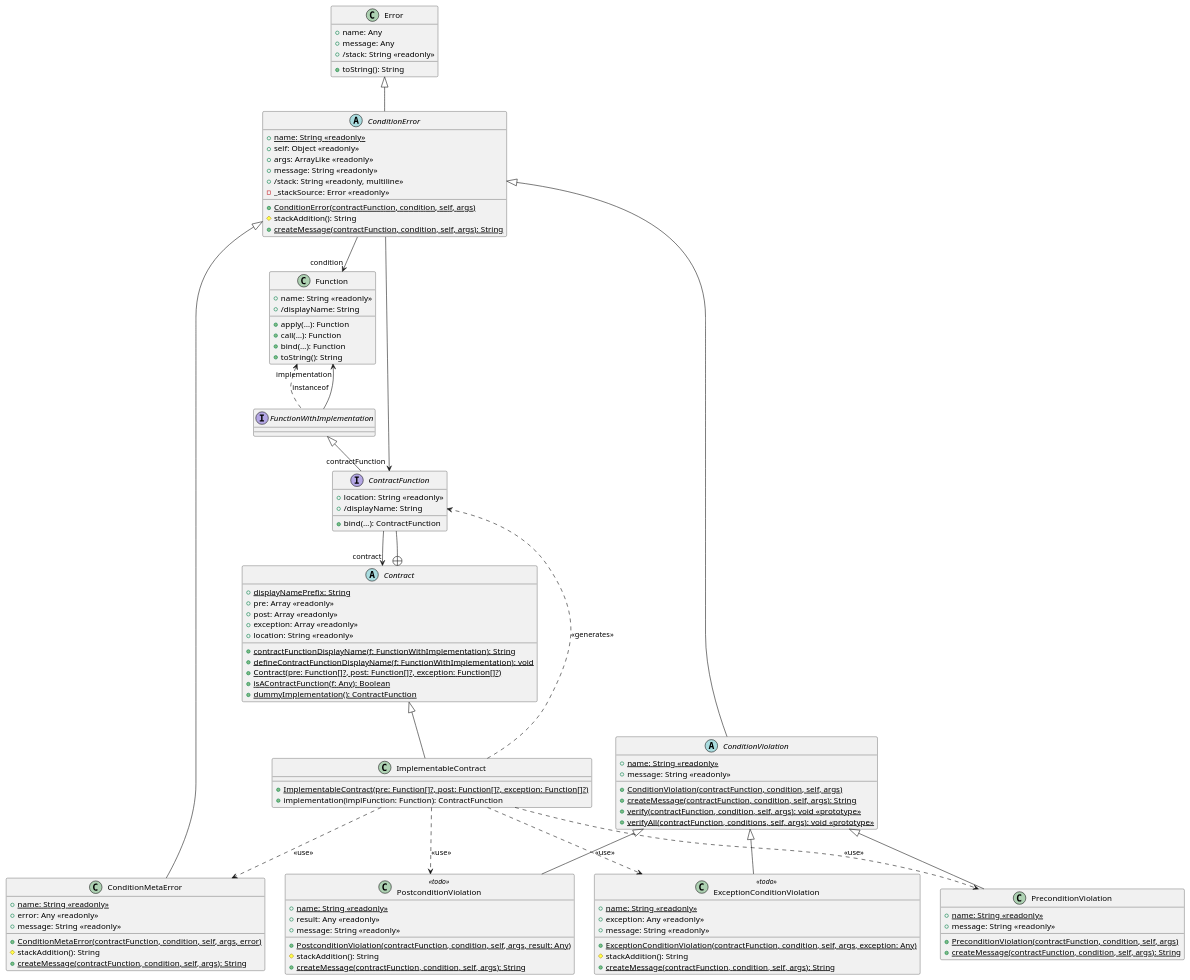
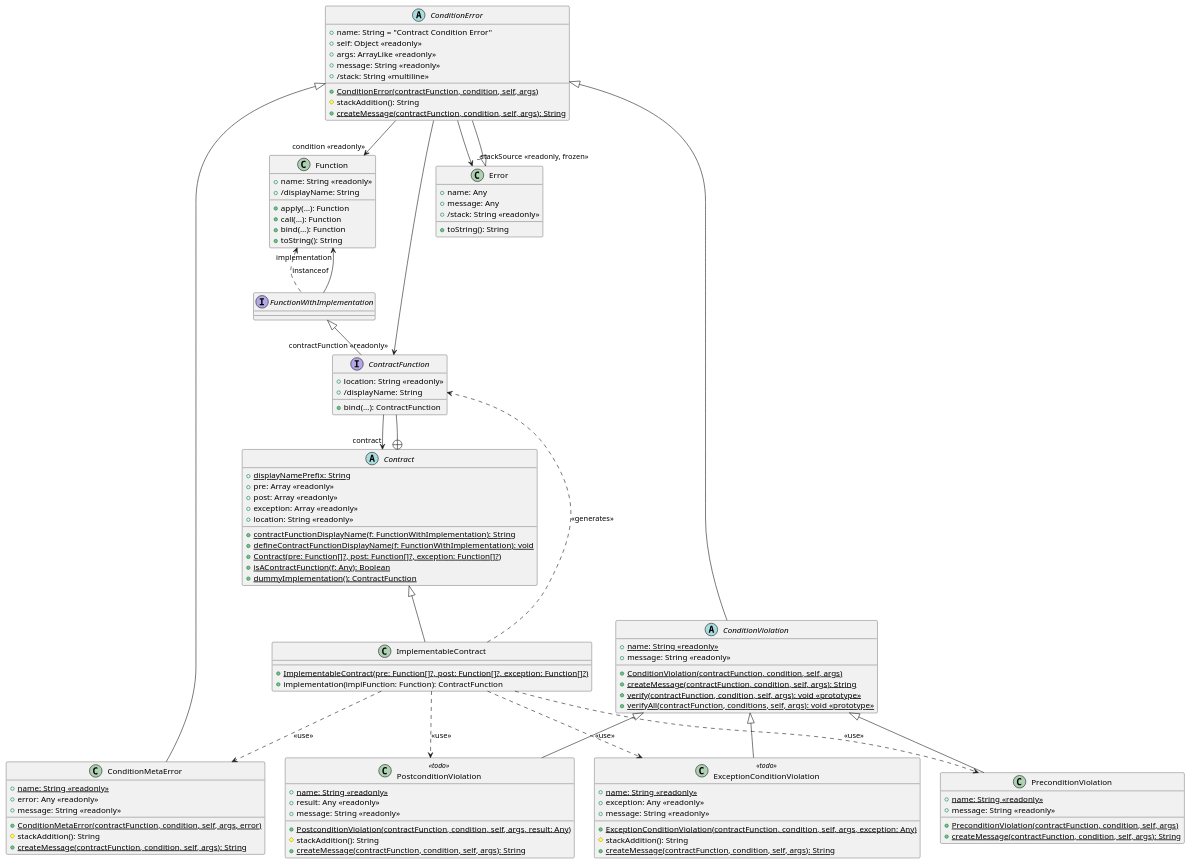
The diagram in src/I/model.puml (Toryt/contracts), drawn with PlantUML before and after one commit.

Commit message:
Better ConditionError

```diff
--- a/src/I/model.puml
+++ b/src/I/model.puml
@@ -1,123 +1,123 @@
 @startuml
 
 class Function {
   +name: String <<readonly>>
   +/displayName: String
   +apply(…): Function
   +call(…): Function
   +bind(…): Function
   +toString(): String
 }
 class Error {
   +name: Any
   +message: Any
   +/stack: String <<readonly>>
   +toString(): String
 }
 
 interface FunctionWithImplementation
 
 Function <.. FunctionWithImplementation: instanceof
 FunctionWithImplementation --> "implementation" Function
 
 abstract class Contract {
   +{static} displayNamePrefix: String
   +pre: Array <<readonly>>
   +post: Array <<readonly>>
   +exception: Array <<readonly>>
   +location: String <<readonly>>
   +{static} contractFunctionDisplayName(f: FunctionWithImplementation): String
   +{static} defineContractFunctionDisplayName(f: FunctionWithImplementation): void
   +{static} Contract(pre: Function[]?, post: Function[]?, exception: Function[]?)
   +{static} isAContractFunction(f: Any): Boolean
   +{static} dummyImplementation(): ContractFunction
 }
 
 class ImplementableContract {
   +{static} ImplementableContract(pre: Function[]?, post: Function[]?, exception: Function[]?)
   +implementation(implFunction: Function): ContractFunction
 }
 Contract <|-- ImplementableContract
 
 interface ContractFunction {
   +location: String <<readonly>>
   +/displayName: String
   +bind(…): ContractFunction
 }
 
 Contract +-- ContractFunction
 FunctionWithImplementation <|-- ContractFunction
 
 ContractFunction --> "contract" Contract
 
 abstract class ConditionError {
-  +{static} name: String <<readonly>>
+  +name: String = "Contract Condition Error"
   +self: Object <<readonly>>
   +args: ArrayLike <<readonly>>
   +message: String <<readonly>>
-  +/stack: String <<readonly, multiline>>
-  -_stackSource: Error <<readonly>>
+  +/stack: String <<multiline>>
   +{static} ConditionError(contractFunction, condition, self, args)
   #stackAddition(): String
   +{static} createMessage(contractFunction, condition, self, args): String
 }
 Error <|-- ConditionError
 
 class ConditionMetaError {
   +{static} name: String <<readonly>>
   +error: Any <<readonly>>
   +message: String <<readonly>>
   +{static} ConditionMetaError(contractFunction, condition, self, args, error)
   #stackAddition(): String
   +{static} createMessage(contractFunction, condition, self, args): String
 }
 
 abstract class ConditionViolation {
   +{static} name: String <<readonly>>
   +message: String <<readonly>>
   +{static} ConditionViolation(contractFunction, condition, self, args)
   +{static} createMessage(contractFunction, condition, self, args): String
   +{static} verify(contractFunction, condition, self, args): void <<prototype>>
   +{static} verifyAll(contractFunction, conditions, self, args): void <<prototype>>
 }
 class PreconditionViolation {
   +{static} name: String <<readonly>>
   +message: String <<readonly>>
   +{static} PreconditionViolation(contractFunction, condition, self, args)
   +{static} createMessage(contractFunction, condition, self, args): String
 }
 class PostconditionViolation <<todo>> {
   +{static} name: String <<readonly>>
   +result: Any <<readonly>>
   +message: String <<readonly>>
   +{static} PostconditionViolation(contractFunction, condition, self, args, result: Any)
   #stackAddition(): String
   +{static} createMessage(contractFunction, condition, self, args): String
 }
 
 class ExceptionConditionViolation <<todo>> {
   +{static} name: String <<readonly>>
   +exception: Any <<readonly>>
   +message: String <<readonly>>
   +{static} ExceptionConditionViolation(contractFunction, condition, self, args, exception: Any)
   #stackAddition(): String
   +{static} createMessage(contractFunction, condition, self, args): String
 }
 
-ConditionError --> "contractFunction" ContractFunction
-ConditionError --> "condition" Function
+ConditionError --> "contractFunction <<readonly>>" ContractFunction
+ConditionError --> "condition <<readonly>>" Function
+ConditionError --> "_stackSource <<readonly, frozen>>" Error
 
 ConditionError <|-- ConditionMetaError
 ConditionError <|-- ConditionViolation
 
 ConditionViolation <|-- PreconditionViolation
 ConditionViolation <|-- PostconditionViolation
 ConditionViolation <|-- ExceptionConditionViolation
 
 ImplementableContract ..> ConditionMetaError: <<use>>
 ImplementableContract ..> PreconditionViolation: <<use>>
 ImplementableContract ..> PostconditionViolation: <<use>>
 ImplementableContract ..> ExceptionConditionViolation: <<use>>
 ImplementableContract ..> ContractFunction: <<generates>>
 
 @enduml
```
